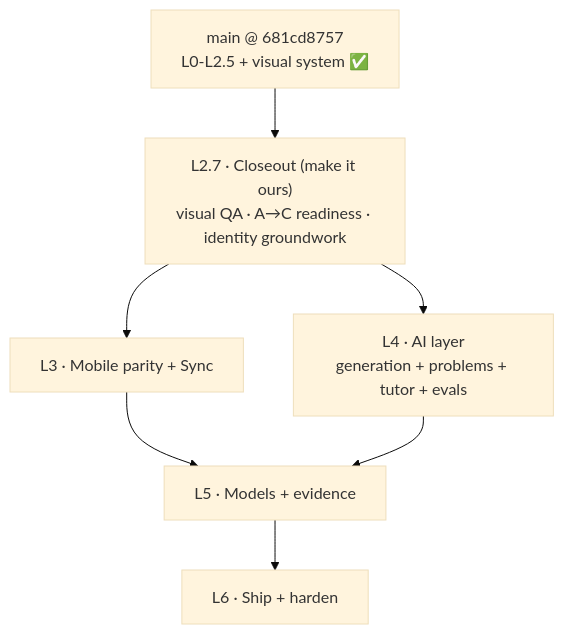
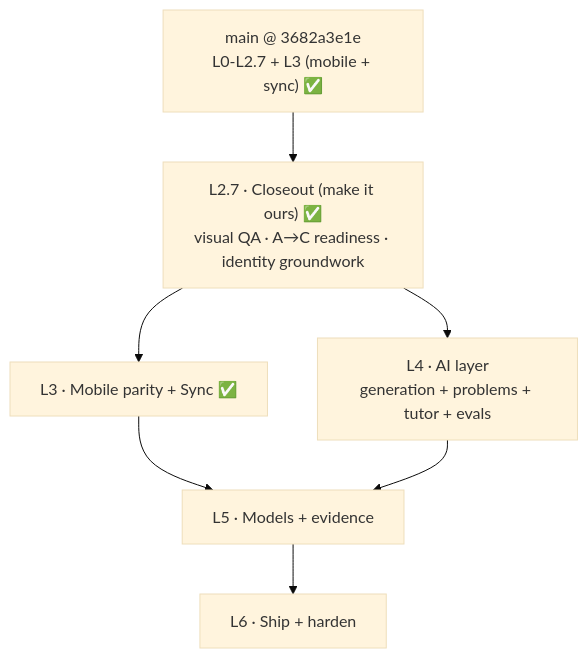
One commit to philote-dev/inka changed the diagram in docs_pgrep/plan/build-plan.md. Above: the diagram before and after it, drawn with Mermaid (base theme). The commit also changed other lines of this file, not shown here.

Commit message:
docs(plan): mark L3 Mobile parity + Sync complete on main

````diff
--- a/docs_pgrep/plan/build-plan.md
+++ b/docs_pgrep/plan/build-plan.md
@@ -38,9 +39,9 @@
 ```mermaid
 flowchart TD
-    NOW["main @ 681cd8757<br/>L0-L2.5 + visual system ✅"] --> L27["L2.7 · Closeout (make it ours)<br/>visual QA · A→C readiness · identity groundwork"]
-    L27 --> L3["L3 · Mobile parity + Sync"]
+    NOW["main @ 3682a3e1e<br/>L0-L2.7 + L3 (mobile + sync) ✅"] --> L27["L2.7 · Closeout (make it ours) ✅<br/>visual QA · A→C readiness · identity groundwork"]
+    L27 --> L3["L3 · Mobile parity + Sync ✅"]
     L27 --> L4["L4 · AI layer<br/>generation + problems + tutor + evals"]
     L3 --> L5["L5 · Models + evidence"]
     L4 --> L5
     L5 --> L6["L6 · Ship + harden"]
 ```
````
